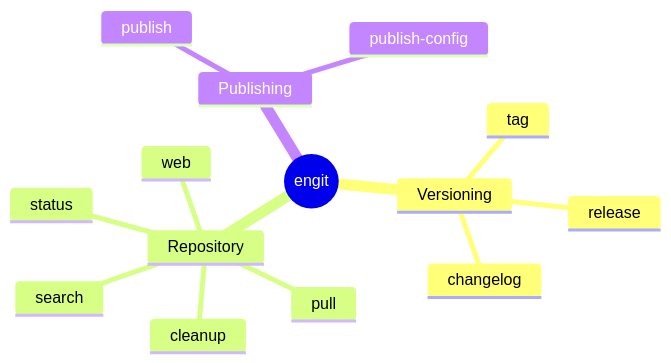
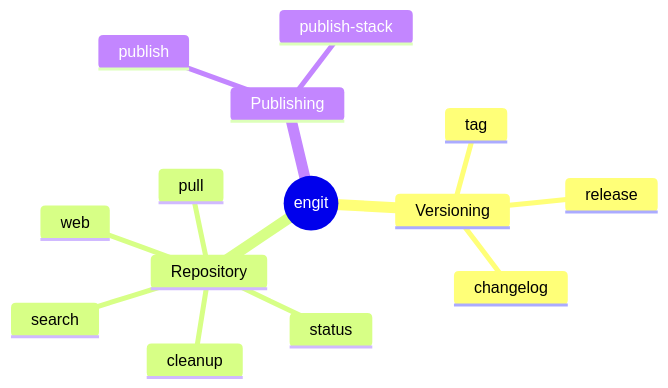
The first of 2 diagrams in docs/cli-reference/engit.md (gtvfx-envoy/envoy_utils), drawn with Mermaid before and after one commit. The commit also changed other lines of this file and 2 other files, not shown here.

````diff
--- a/docs/cli-reference/engit.md
+++ b/docs/cli-reference/engit.md
@@ -7,17 +7,17 @@
 ```mermaid
 mindmap
   root((engit))
     Versioning
       tag
       release
       changelog
     Repository
       status
       cleanup
       pull
       web
       search
     Publishing
       publish
-      publish-config
+      publish-stack
 ```
````
